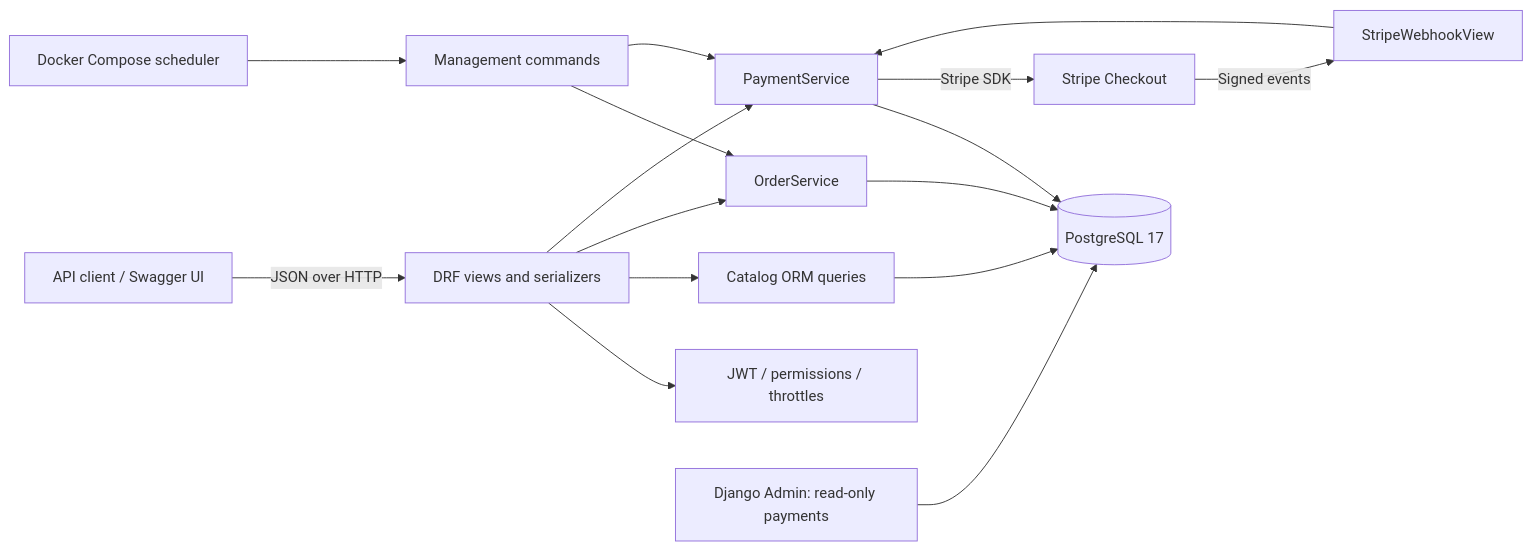
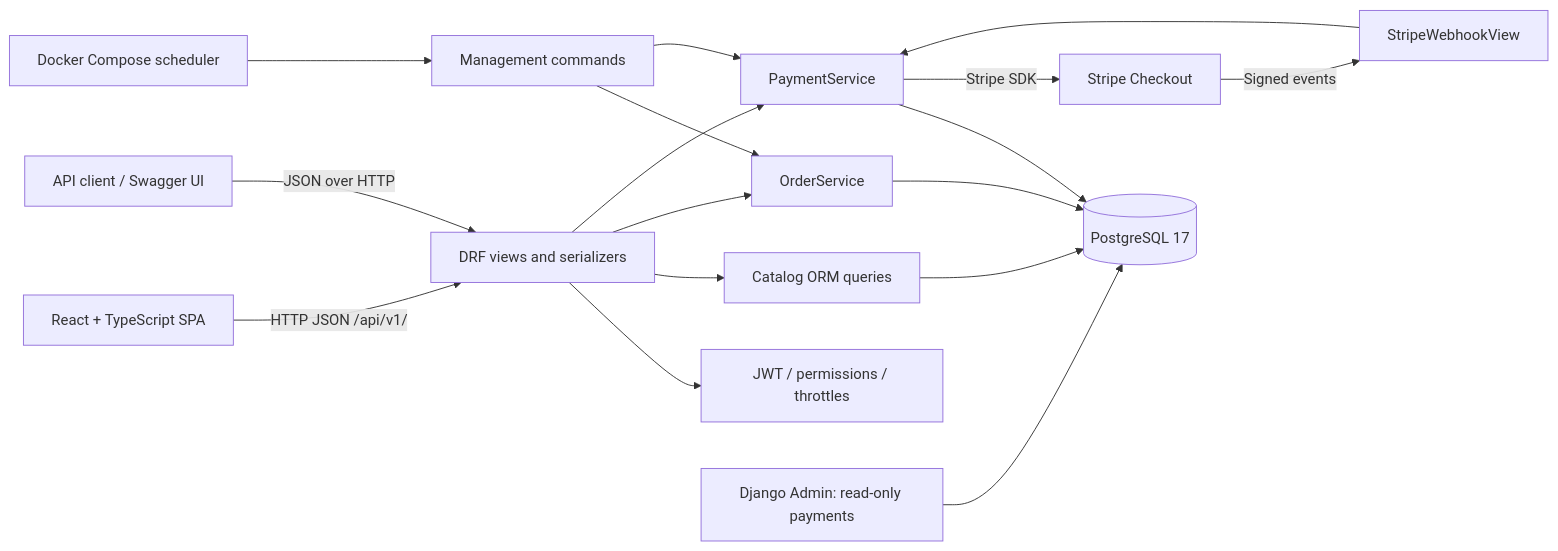
The first of 4 diagrams in README.md (stakich/django-order-management-api), drawn with Mermaid before and after one commit. The commit also changed other lines of this file and 13 other files, not shown here.

````diff
--- a/README.md
+++ b/README.md
@@ -43,18 +48,19 @@
 ```mermaid
 flowchart LR
-    Client[API client / Swagger UI] -->|JSON over HTTP| Views[DRF views and serializers]
+    Storefront[React + TypeScript SPA] -->|HTTP JSON /api/v1/| Views[DRF views and serializers]
+    Client[API client / Swagger UI] -->|JSON over HTTP| Views
     Views --> Security[JWT / permissions / throttles]
     Views --> Catalog[Catalog ORM queries]
     Views --> Orders[OrderService]
     Views --> Payments[PaymentService]
     Catalog --> DB[(PostgreSQL 17)]
     Orders --> DB
     Payments --> DB
     Payments -->|Stripe SDK| Stripe[Stripe Checkout]
     Stripe -->|Signed events| Webhook[StripeWebhookView]
     Webhook --> Payments
     Scheduler[Docker Compose scheduler] --> Commands[Management commands]
     Commands --> Orders
     Commands --> Payments
     Admin[Django Admin: read-only payments] --> DB
 ```
````
